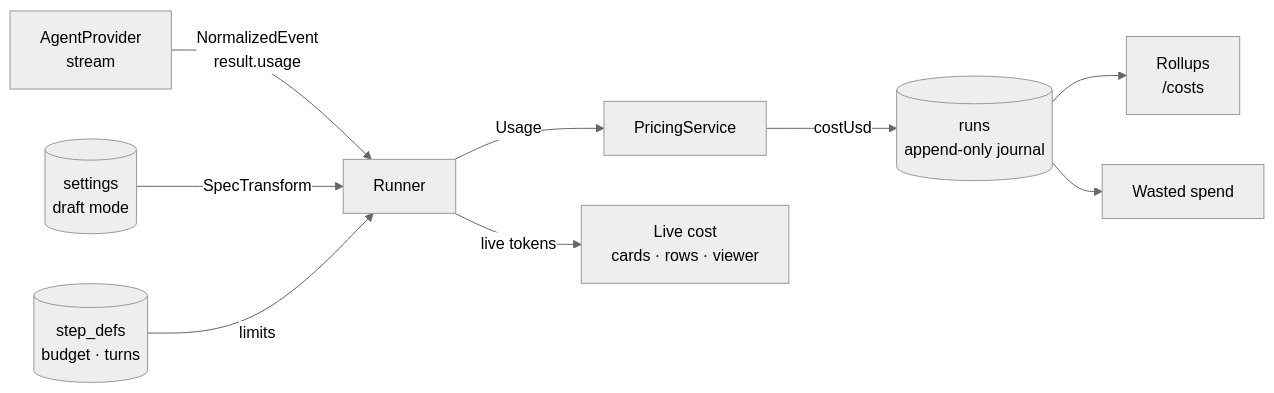
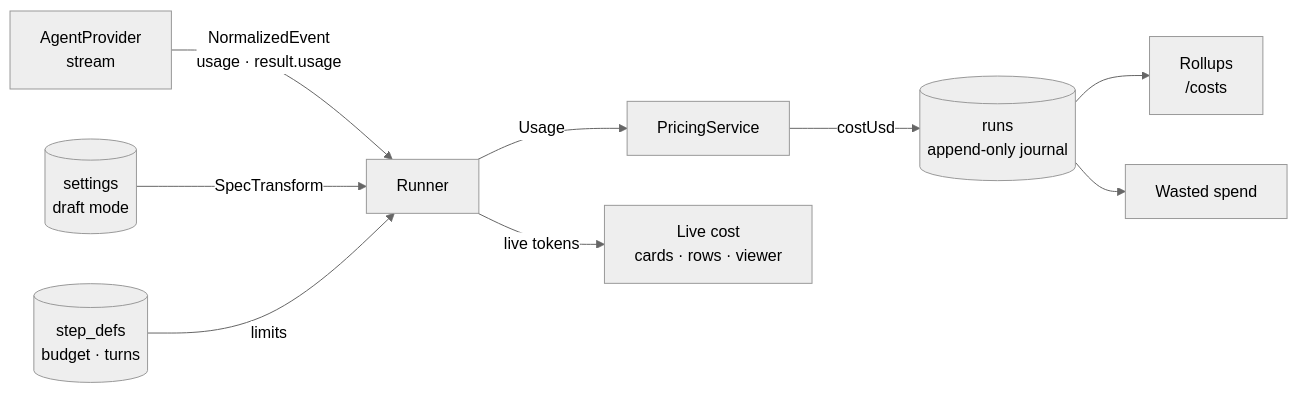
The diagram in docs/FlowBoard/Cost And Control/Cost And Control Overview.md (ClearCloudSoftware/flowboard), drawn with Mermaid (neutral theme) before and after one commit. The commit also changed 118 other files, not shown here.

````diff
--- a/docs/FlowBoard/Cost And Control/Cost And Control Overview.md
+++ b/docs/FlowBoard/Cost And Control/Cost And Control Overview.md
@@ -36,11 +36,11 @@
 ```mermaid
 flowchart LR
-  P[AgentProvider<br/>stream] -->|NormalizedEvent<br/>result.usage| R[Runner]
+  P[AgentProvider<br/>stream] -->|NormalizedEvent<br/>usage · result.usage| R[Runner]
   R -->|Usage| PS[PricingService]
   PS -->|costUsd| RUNS[(runs<br/>append-only journal)]
   R -->|live tokens| LV[Live cost<br/>cards · rows · viewer]
   RUNS --> RO[Rollups<br/>/costs]
   RUNS --> W[Wasted spend]
   S[(settings<br/>draft mode)] -->|SpecTransform| R
   SD[(step_defs<br/>budget · turns)] -->|limits| R
 ```
````
